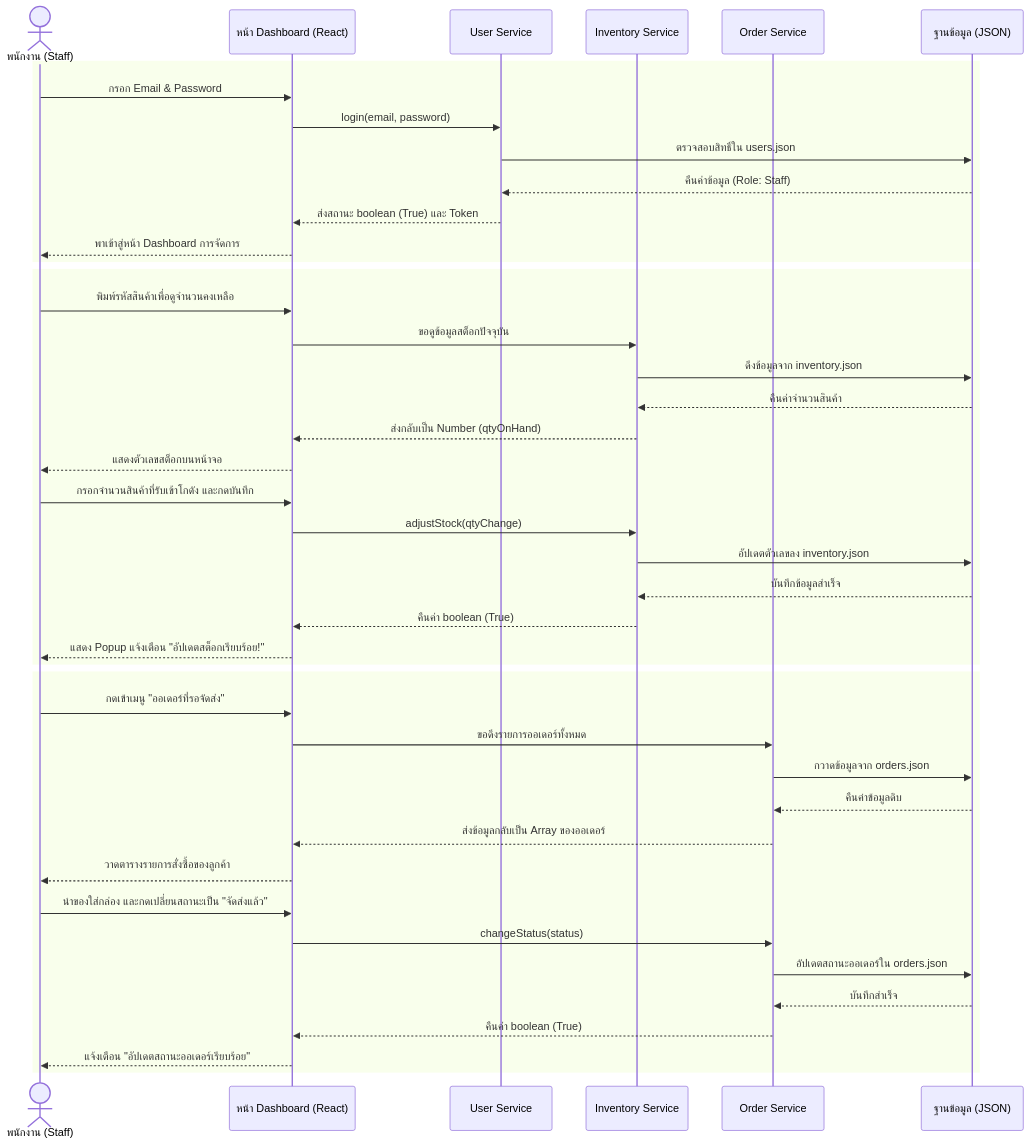
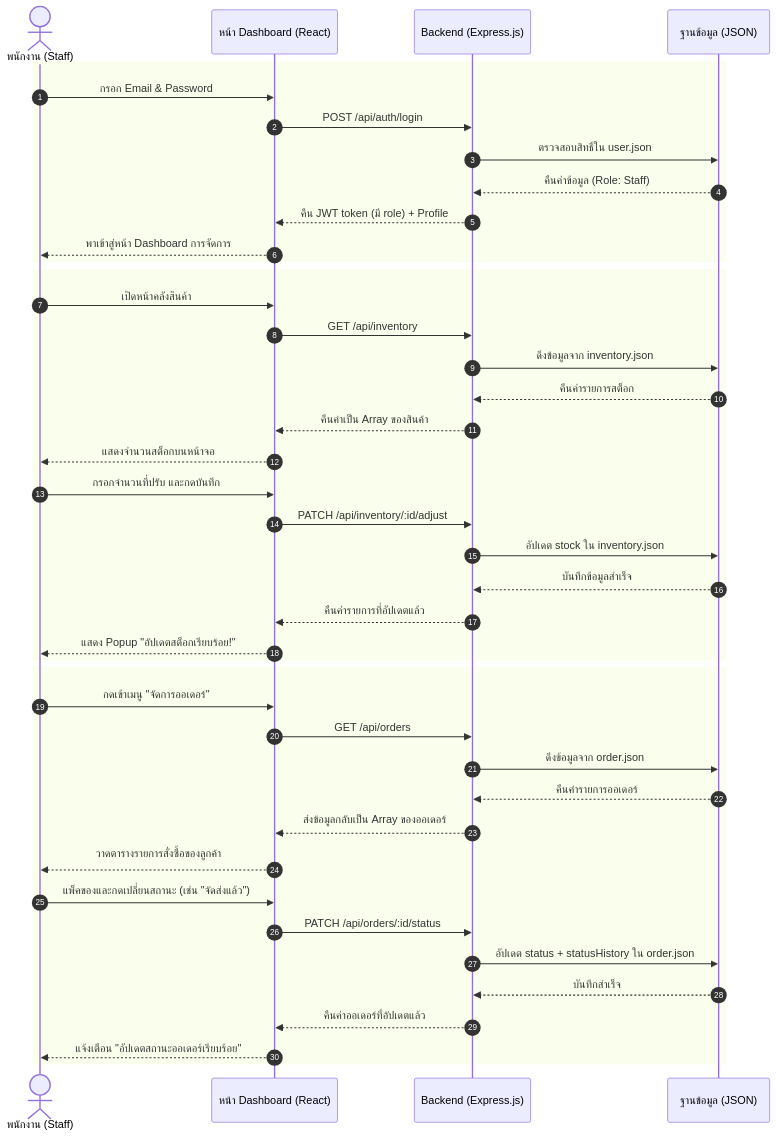
The fourth of 6 diagrams in README.md (KumPong/petshop), drawn with Mermaid before and after one commit. The commit also changed other lines of this file, not shown here.

Commit message:
feat: update class diagrams and sequence diagrams for user, order, and inventory management

````diff
--- a/README.md
+++ b/README.md
@@ -502,51 +523,50 @@
 ```mermaid
     sequenceDiagram
+    autoNumber
     actor Staff as พนักงาน (Staff)
     participant UI as หน้า Dashboard (React)
-    participant US as User Service
-    participant IS as Inventory Service
-    participant OS as Order Service
+    participant API as Backend (Express.js)
     participant DB as ฐานข้อมูล (JSON)
 
     %% เฟส 1: การเข้าสู่ระบบ (Staff Login)
     rect
         Staff->>UI: กรอก Email & Password
-        UI->>US: login(email, password)
-        US->>DB: ตรวจสอบสิทธิ์ใน users.json
-        DB-->>US: คืนค่าข้อมูล (Role: Staff)
-        US-->>UI: ส่งสถานะ boolean (True) และ Token
+        UI->>API: POST /api/auth/login
+        API->>DB: ตรวจสอบสิทธิ์ใน user.json
+        DB-->>API: คืนค่าข้อมูล (Role: Staff)
+        API-->>UI: คืน JWT token (มี role) + Profile
         UI-->>Staff: พาเข้าสู่หน้า Dashboard การจัดการ
     end
 
     %% เฟส 2: ตรวจสอบและอัปเดตสต็อก (Manage Inventory)
     rect
-        Staff->>UI: พิมพ์รหัสสินค้าเพื่อดูจำนวนคงเหลือ
-        UI->>IS: ขอดูข้อมูลสต็อกปัจจุบัน
-        IS->>DB: ดึงข้อมูลจาก inventory.json
-        DB-->>IS: คืนค่าจำนวนสินค้า
-        IS-->>UI: ส่งกลับเป็น Number (qtyOnHand)
-        UI-->>Staff: แสดงตัวเลขสต็อกบนหน้าจอ
-        Staff->>UI: กรอกจำนวนสินค้าที่รับเข้าโกดัง และกดบันทึก
-        UI->>IS: adjustStock(qtyChange)
-        IS->>DB: อัปเดตตัวเลขลง inventory.json
-        DB-->>IS: บันทึกข้อมูลสำเร็จ
-        IS-->>UI: คืนค่า boolean (True)
-        UI-->>Staff: แสดง Popup แจ้งเตือน "อัปเดตสต็อกเรียบร้อย!"
+        Staff->>UI: เปิดหน้าคลังสินค้า
+        UI->>API: GET /api/inventory
+        API->>DB: ดึงข้อมูลจาก inventory.json
+        DB-->>API: คืนค่ารายการสต็อก
+        API-->>UI: คืนค่าเป็น Array ของสินค้า
+        UI-->>Staff: แสดงจำนวนสต็อกบนหน้าจอ
+        Staff->>UI: กรอกจำนวนที่ปรับ และกดบันทึก
+        UI->>API: PATCH /api/inventory/:id/adjust
+        API->>DB: อัปเดต stock ใน inventory.json
+        DB-->>API: บันทึกข้อมูลสำเร็จ
+        API-->>UI: คืนค่ารายการที่อัปเดตแล้ว
+        UI-->>Staff: แสดง Popup "อัปเดตสต็อกเรียบร้อย!"
     end
 
     %% เฟส 3: อัปเดตสถานะคำสั่งซื้อ (Update Order Status)
     rect
-        Staff->>UI: กดเข้าเมนู "ออเดอร์ที่รอจัดส่ง"
-        UI->>OS: ขอดึงรายการออเดอร์ทั้งหมด
-        OS->>DB: กวาดข้อมูลจาก orders.json
-        DB-->>OS: คืนค่าข้อมูลดิบ
-        OS-->>UI: ส่งข้อมูลกลับเป็น Array ของออเดอร์
+        Staff->>UI: กดเข้าเมนู "จัดการออเดอร์"
+        UI->>API: GET /api/orders
+        API->>DB: ดึงข้อมูลจาก order.json
+        DB-->>API: คืนค่ารายการออเดอร์
+        API-->>UI: ส่งข้อมูลกลับเป็น Array ของออเดอร์
         UI-->>Staff: วาดตารางรายการสั่งซื้อของลูกค้า
-        Staff->>UI: นำของใส่กล่อง และกดเปลี่ยนสถานะเป็น "จัดส่งแล้ว"
-        UI->>OS: changeStatus(status)
-        OS->>DB: อัปเดตสถานะออเดอร์ใน orders.json
-        DB-->>OS: บันทึกสำเร็จ
-        OS-->>UI: คืนค่า boolean (True)
+        Staff->>UI: แพ็คของและกดเปลี่ยนสถานะ (เช่น "จัดส่งแล้ว")
+        UI->>API: PATCH /api/orders/:id/status
+        API->>DB: อัปเดต status + statusHistory ใน order.json
+        DB-->>API: บันทึกสำเร็จ
+        API-->>UI: คืนค่าออเดอร์ที่อัปเดตแล้ว
         UI-->>Staff: แจ้งเตือน "อัปเดตสถานะออเดอร์เรียบร้อย"
     end
 ```
````
